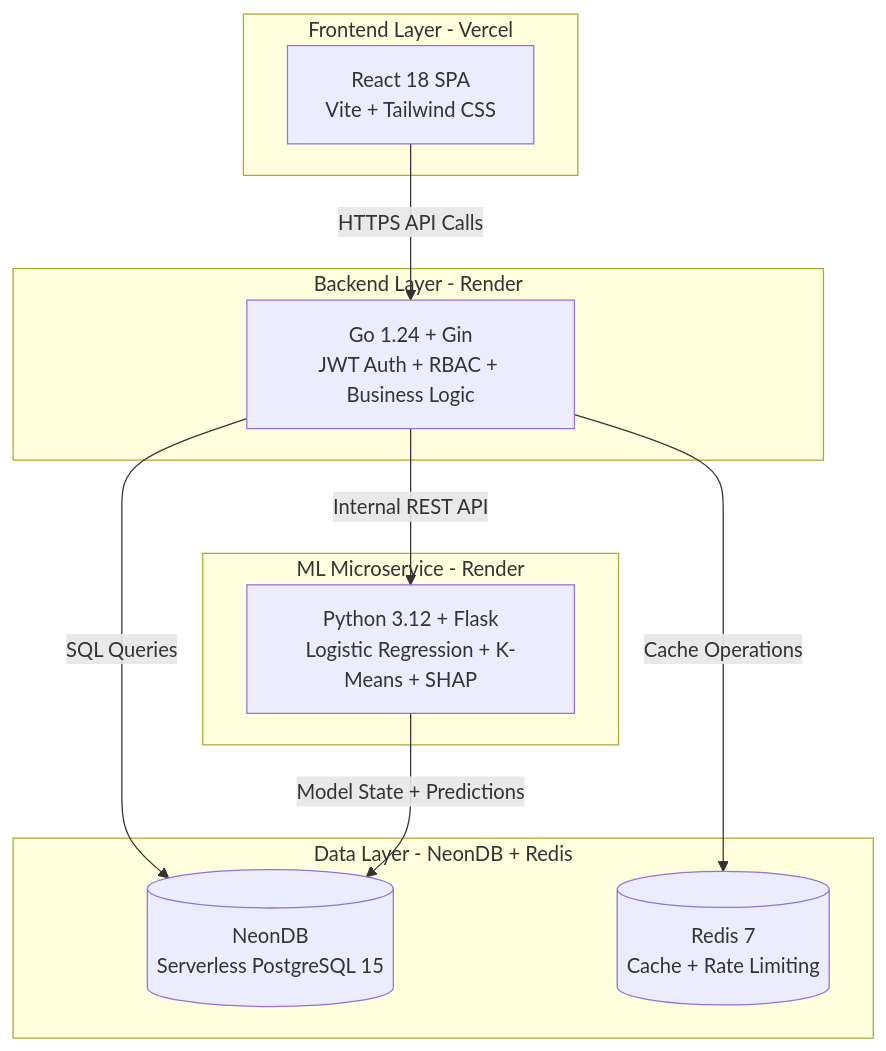
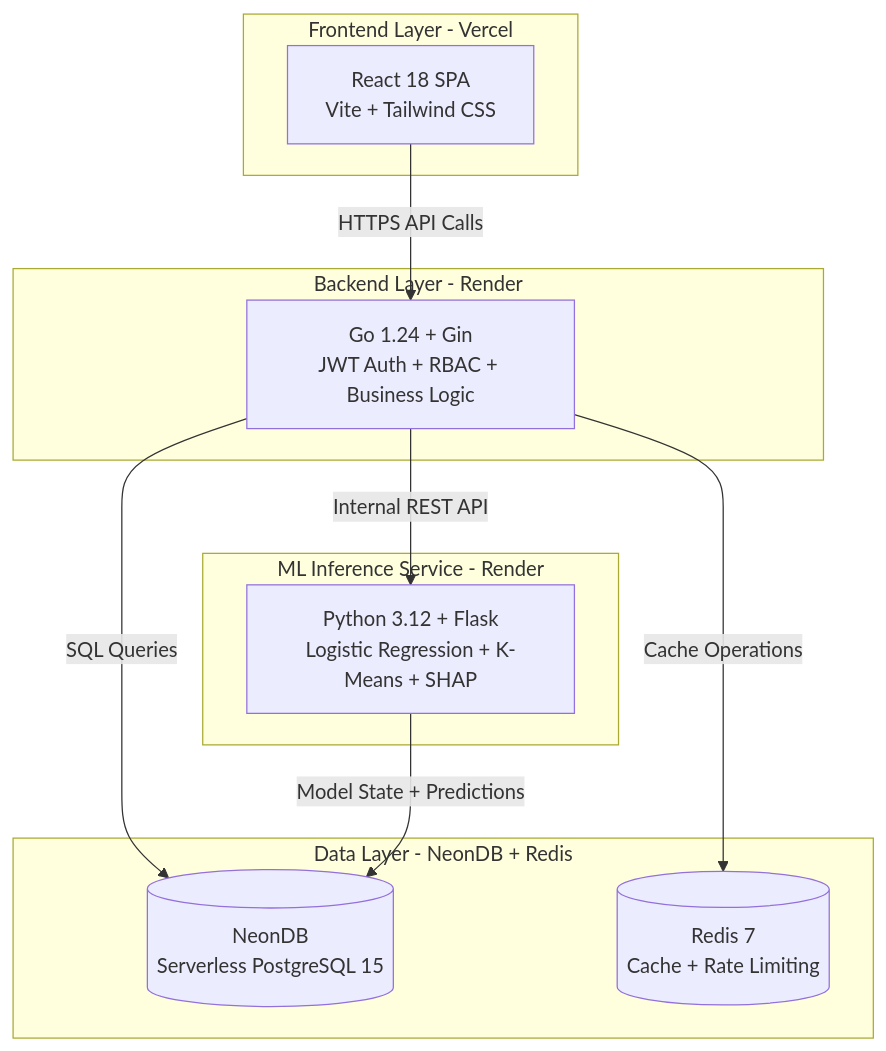
One commit to Skufu/DianaV2 changed the fifth of 7 diagrams in ch3+4.md. Above: the diagram before and after it, drawn with Mermaid. The commit also changed other lines of this file and 111 other files, not shown here.

````diff
--- a/ch3+4.md
+++ b/ch3+4.md
@@ -257,25 +635,25 @@
 ```mermaid
 flowchart TB
     subgraph Frontend["Frontend Layer - Vercel"]
         A[React 18 SPA<br/>Vite + Tailwind CSS]
     end
-    
+
     subgraph Backend["Backend Layer - Render"]
         B[Go 1.24 + Gin<br/>JWT Auth + RBAC + Business Logic]
     end
-    
-    subgraph ML["ML Microservice - Render"]
+
+    subgraph ML["ML Inference Service - Render"]
         C[Python 3.12 + Flask<br/>Logistic Regression + K-Means + SHAP]
     end
-    
+
     subgraph Data["Data Layer - NeonDB + Redis"]
         D[(NeonDB<br/>Serverless PostgreSQL 15)]
         E[(Redis 7<br/>Cache + Rate Limiting)]
     end
-    
+
     A -->|HTTPS API Calls| B
     B -->|Internal REST API| C
     B -->|SQL Queries| D
     B -->|Cache Operations| E
     C -->|Model State + Predictions| D
 ```
````
